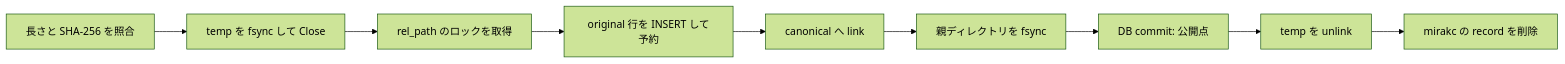
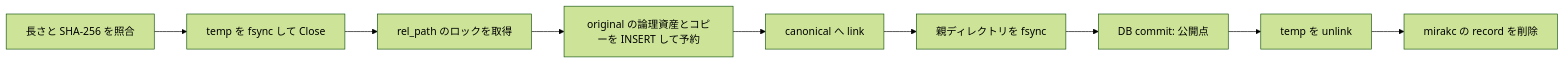
One commit to fetburner/rokuban changed the diagram in docs/recording/ingest-retry.md. Above: the diagram before and after it, drawn with Mermaid (forest theme). The commit also changed other lines of this file and 71 other files, not shown here.

````diff
--- a/docs/recording/ingest-retry.md
+++ b/docs/recording/ingest-retry.md
@@ -118,11 +118,11 @@
 ```mermaid
 flowchart LR
   A[長さと SHA-256 を照合] --> B[temp を fsync して Close]
   B --> C[rel_path のロックを取得]
-  C --> D[original 行を INSERT して予約]
+  C --> D[original の論理資産とコピーを INSERT して予約]
   D --> E[canonical へ link]
   E --> F[親ディレクトリを fsync]
   F --> G[DB commit: 公開点]
   G --> H[temp を unlink]
   H --> I[mirakc の record を削除]
 ```
````
